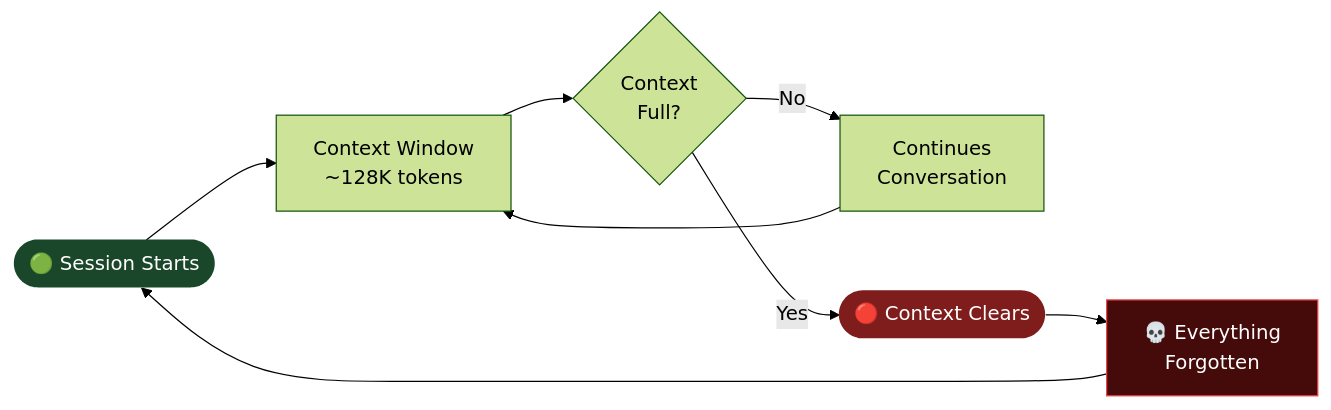
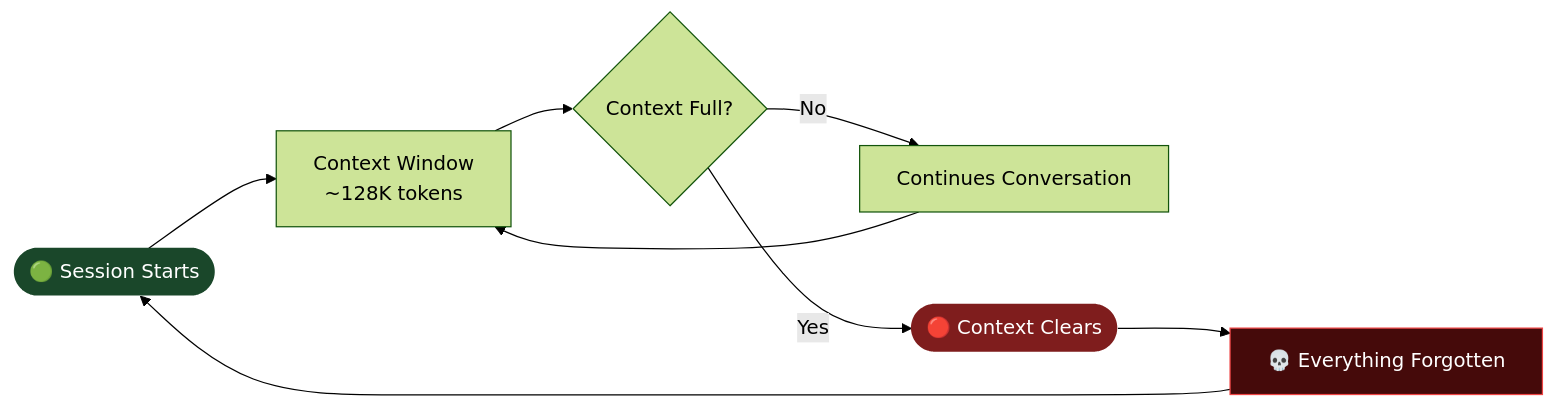
The diagram in notes/Memory/current_problem.md (Sohan-bhatt/Research_On_Building_Autonomous_Agents), drawn with Mermaid (forest theme) before and after one commit. The commit also changed other lines of this file, not shown here.

````diff
--- a/notes/Memory/current_problem.md
+++ b/notes/Memory/current_problem.md
@@ -9,14 +25,14 @@
 ```mermaid
 flowchart LR
     A([🟢 Session Starts]) --> B[Context Window\n~128K tokens]
-    B --> C{Context\nFull?}
-    C -- No --> D[Continues\nConversation]
+    B --> C{Context Full?}
+    C -- No --> D[Continues Conversation]
     D --> B
     C -- Yes --> E([🔴 Context Clears])
-    E --> F[💀 Everything\nForgotten]
+    E --> F[💀 Everything Forgotten]
     F --> A
 
     style A fill:#1a472a,color:#fff,stroke:none
     style E fill:#7f1d1d,color:#fff,stroke:none
     style F fill:#450a0a,color:#fff,stroke:#ef4444
 ```
````
